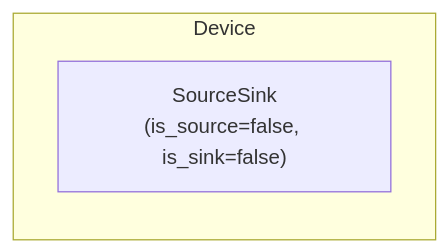
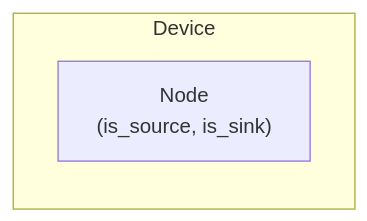
Before and after one commit to hass-energy/haeo: the diagram in docs/modeling/device-layer/node.md, drawn with Mermaid. The commit also changed other lines of this file and 18 other files, not shown here.

````diff
--- a/docs/modeling/device-layer/node.md
+++ b/docs/modeling/device-layer/node.md
@@ -7,6 +7,6 @@
 ```mermaid
 graph LR
     subgraph "Device"
-        NodeModel["SourceSink<br/>(is_source=false, is_sink=false)"]
+        NodeModel["Node<br/>(is_source, is_sink)"]
     end
 ```
````
